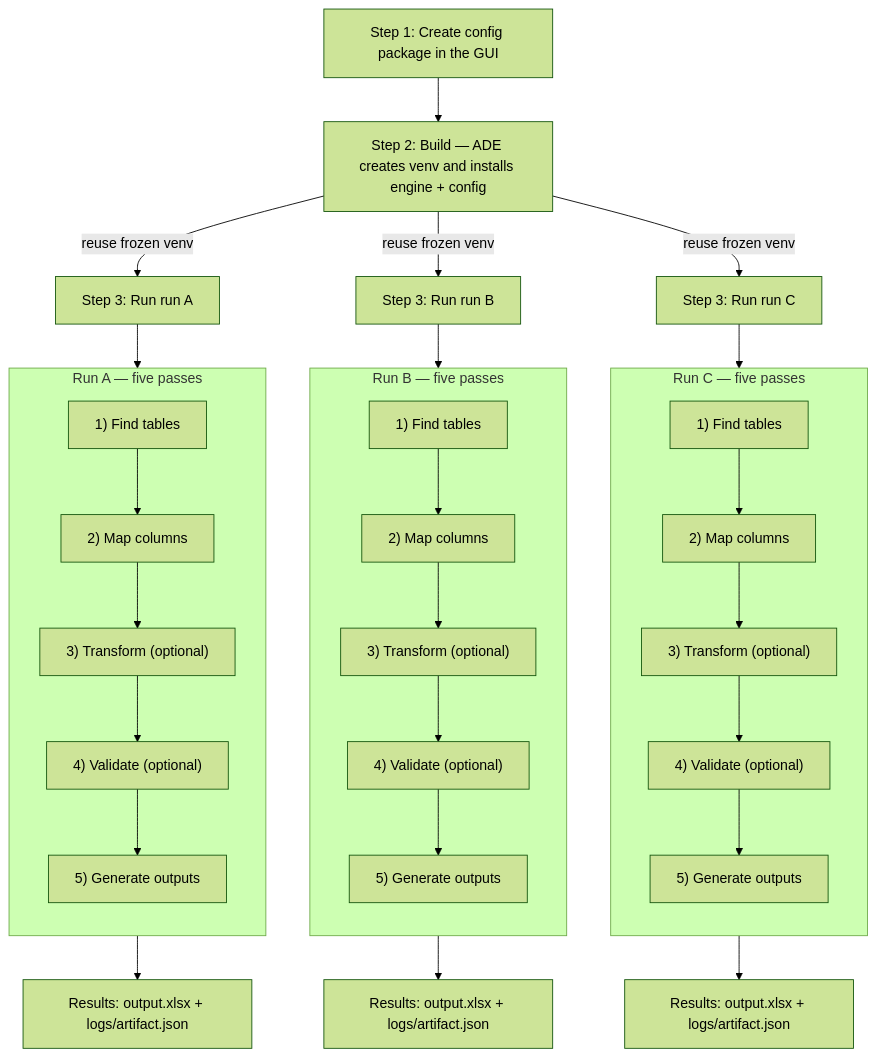
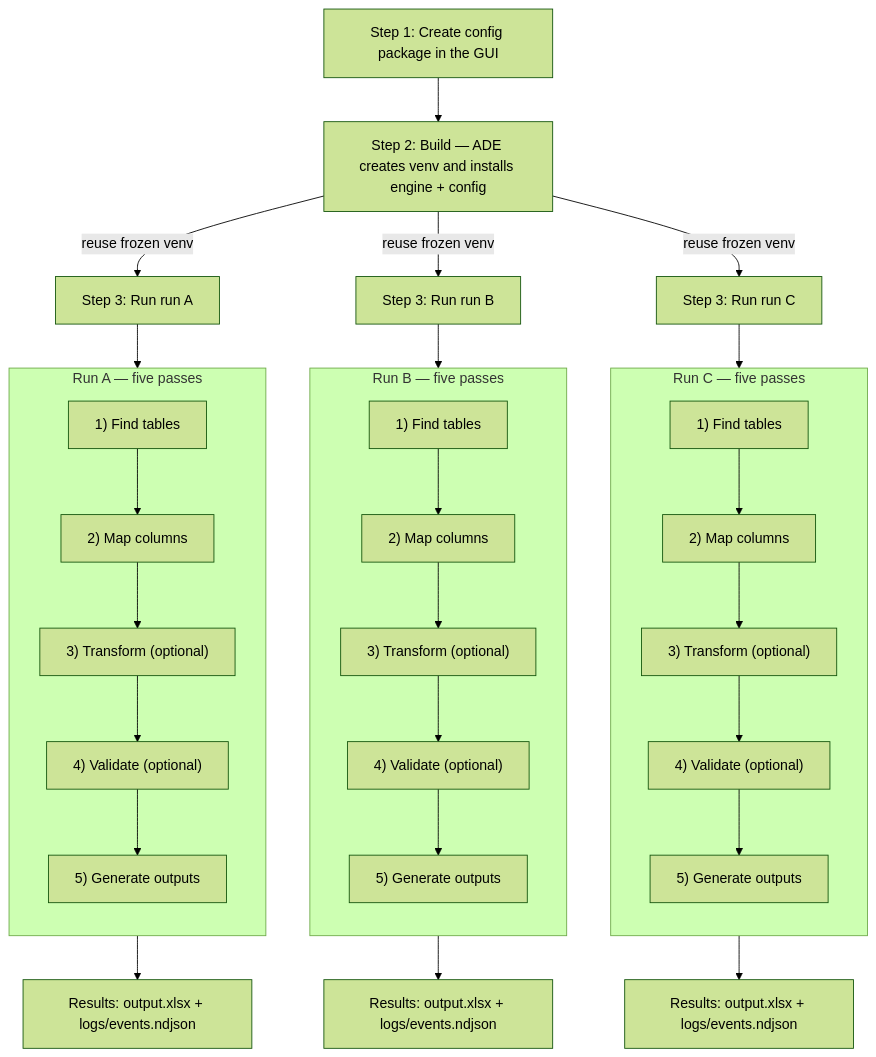
The diagram in docs/developers/README.md (clac-ca/automatic-data-extractor), drawn with Mermaid (forest theme) before and after one commit. The commit also changed other lines of this file and 35 other files, not shown here.

````diff
--- a/docs/developers/README.md
+++ b/docs/developers/README.md
@@ -101,38 +100,38 @@
 ```mermaid
 flowchart TD
     S1["Step 1: Create config package in the GUI"] --> S2["Step 2: Build — ADE creates venv and installs engine + config"]
 
     %% Run A
     S2 -->|reuse frozen venv| J1["Step 3: Run run A"]
     subgraph Run_A["Run A — five passes"]
         direction TB
         A1["1) Find tables"]
         A2["2) Map columns"]
         A3["3) Transform (optional)"]
         A4["4) Validate (optional)"]
         A5["5) Generate outputs"]
         A1 --> A2 --> A3 --> A4 --> A5
     end
     J1 --> A1
-    A5 --> R1["Results: output.xlsx + logs/artifact.json"]
+    A5 --> R1["Results: output.xlsx + logs/events.ndjson"]
 
     %% Run B
     S2 -->|reuse frozen venv| J2["Step 3: Run run B"]
     subgraph Run_B["Run B — five passes"]
         direction TB
         B1["1) Find tables"] --> B2["2) Map columns"] --> B3["3) Transform (optional)"]
         B3 --> B4["4) Validate (optional)"] --> B5["5) Generate outputs"]
     end
     J2 --> B1
-    B5 --> R2["Results: output.xlsx + logs/artifact.json"]
+    B5 --> R2["Results: output.xlsx + logs/events.ndjson"]
 
     %% Run C
     S2 -->|reuse frozen venv| J3["Step 3: Run run C"]
     subgraph Run_C["Run C — five passes"]
         direction TB
         C1["1) Find tables"] --> C2["2) Map columns"] --> C3["3) Transform (optional)"]
         C3 --> C4["4) Validate (optional)"] --> C5["5) Generate outputs"]
     end
     J3 --> C1
-    C5 --> R3["Results: output.xlsx + logs/artifact.json"]
+    C5 --> R3["Results: output.xlsx + logs/events.ndjson"]
 ```
````
